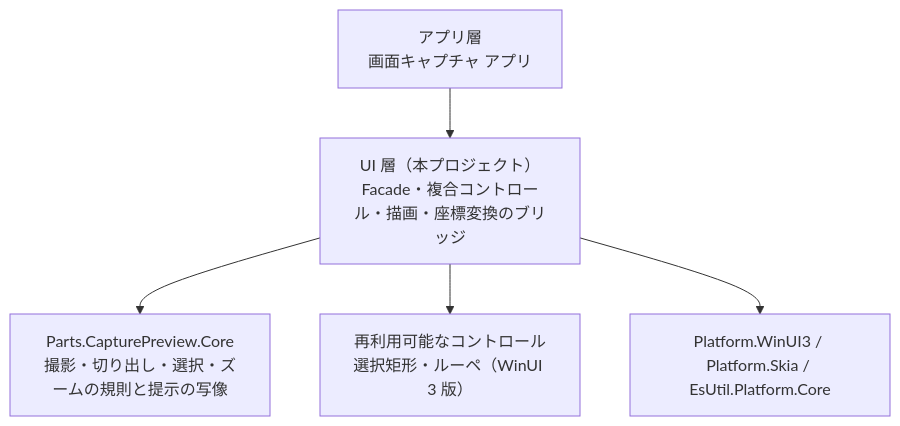
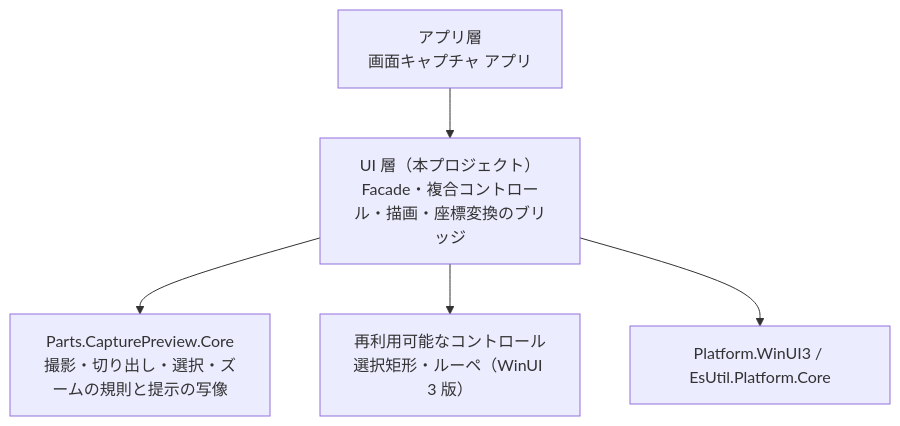
The first of 7 diagrams in src/Parts.CapturePreview.ControlWinUI3/docs/SPEC_System.md (tomokuni/SaveEvidence), drawn with Mermaid before and after one commit. The commit also changed other lines of this file and 96 other files, not shown here.

First line of the commit message:
WinUI 3 版から SkiaSharp を外し、描画を Composition と XAML の要素へ移す

````diff
--- a/src/Parts.CapturePreview.ControlWinUI3/docs/SPEC_System.md
+++ b/src/Parts.CapturePreview.ControlWinUI3/docs/SPEC_System.md
@@ -41,13 +41,13 @@
 ```mermaid
 flowchart TB
     APP["アプリ層<br/>画面キャプチャ アプリ"]
     UI["UI 層（本プロジェクト）<br/>Facade・複合コントロール・描画・座標変換のブリッジ"]
     CORE["Parts.CapturePreview.Core<br/>撮影・切り出し・選択・ズームの規則と提示の写像"]
     CTRL["再利用可能なコントロール<br/>選択矩形・ルーペ（WinUI 3 版）"]
-    PLAT["Platform.WinUI3 / Platform.Skia / EsUtil.Platform.Core"]
+    PLAT["Platform.WinUI3 / EsUtil.Platform.Core"]
 
     APP --> UI
     UI --> CORE
     UI --> CTRL
     UI --> PLAT
 ```
````
